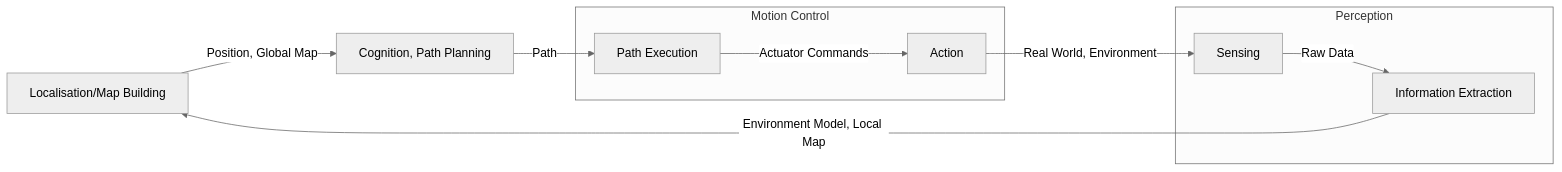
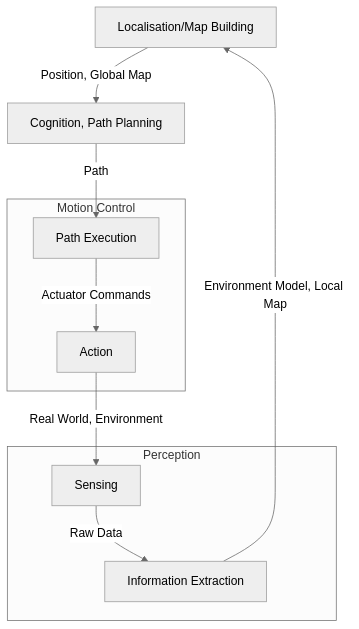
Before and after one commit to bweston6/uol-cs-notes: the second of 4 diagrams in docs/comp329/lectures/_posts/2022-09-30-1.md, drawn with Mermaid (neutral theme). The commit also changed other lines of this file, not shown here.

Commit message:
Changing graph direction.

````diff
--- a/docs/comp329/lectures/_posts/2022-09-30-1.md
+++ b/docs/comp329/lectures/_posts/2022-09-30-1.md
@@ -64,13 +64,13 @@
 ```mermaid
-graph LR
+graph TB
 l[Localisation/Map Building] -->|Position, Global Map| c[Cognition, Path Planning]
 c -->|Path| pe[Path Execution]
 subgraph Motion Control
 pe -->|Actuator Commands| Action
 end
 Action -->|Real World, Environment| Sensing
 subgraph Perception
 Sensing -->|Raw Data| ie[Information Extraction]
 end
 ie -->|Environment Model, Local Map| l
 ```
````
